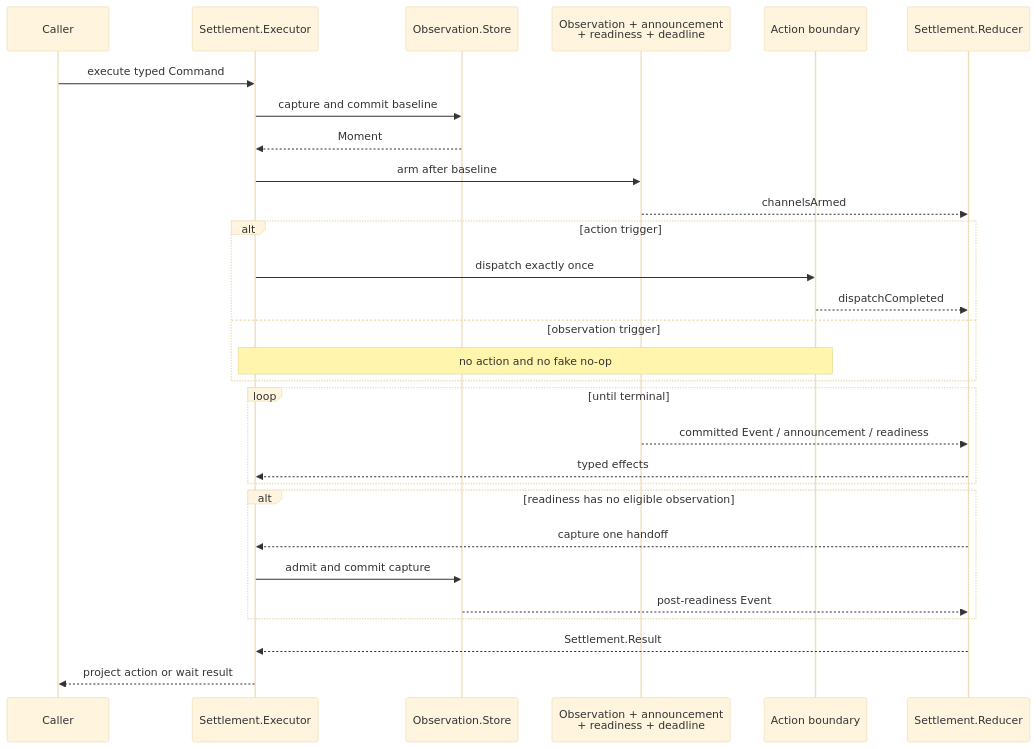
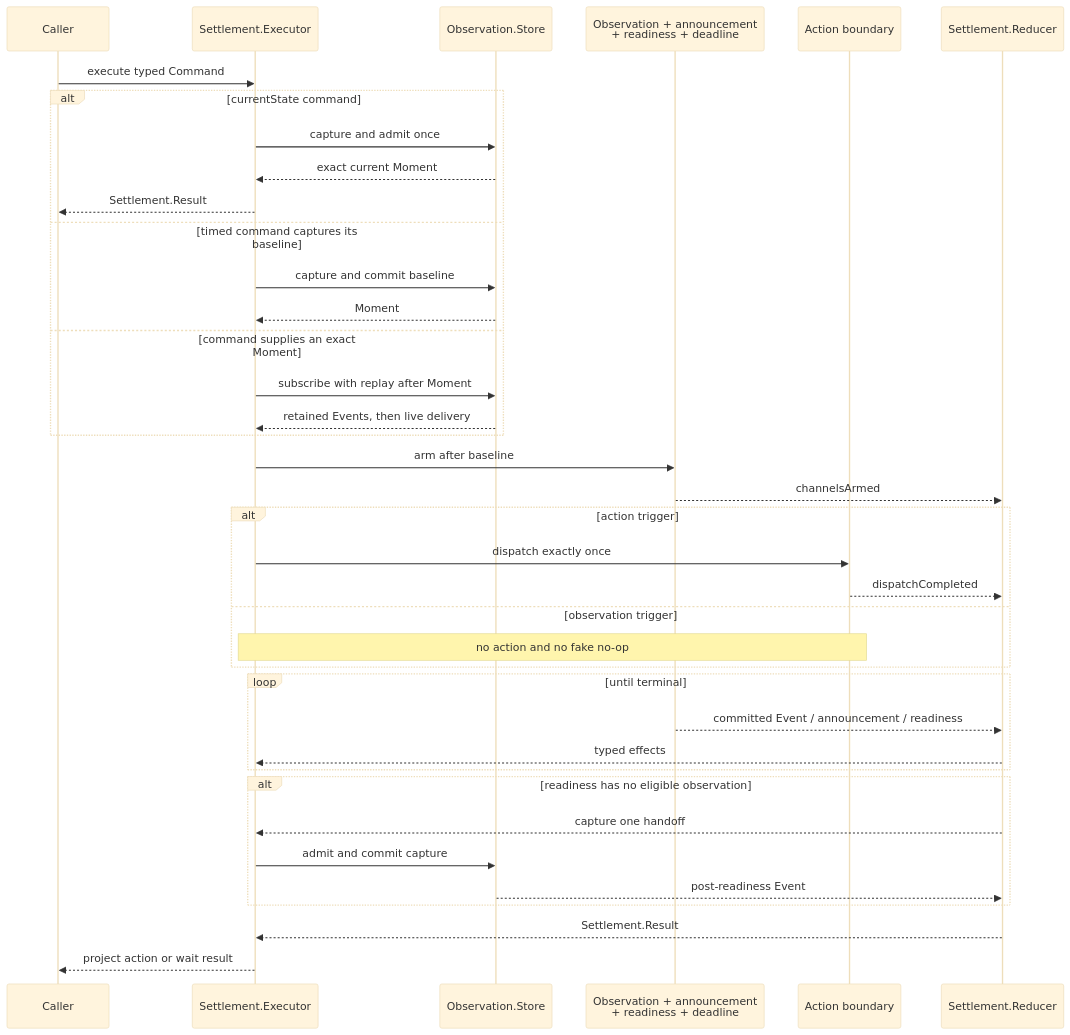
The second of 2 diagrams in docs/diagrams/settle-loop.md (RoyalPineapple/TheButtonHeist), drawn with Mermaid (base theme) before and after one commit. The commit also changed other lines of this file and 150 other files, not shown here.

````diff
--- a/docs/diagrams/settle-loop.md
+++ b/docs/diagrams/settle-loop.md
@@ -54,32 +57,41 @@
 ```mermaid
 sequenceDiagram
     participant Caller
     participant Executor as Settlement.Executor
     participant Store as Observation.Store
     participant Channels as Observation + announcement<br/>+ readiness + deadline
     participant UIKit as Action boundary
     participant Reducer as Settlement.Reducer
 
     Caller->>Executor: execute typed Command
-    Executor->>Store: capture and commit baseline
-    Store-->>Executor: Moment
+    alt currentState command
+        Executor->>Store: capture and admit once
+        Store-->>Executor: exact current Moment
+        Executor-->>Caller: Settlement.Result
+    else timed command captures its baseline
+        Executor->>Store: capture and commit baseline
+        Store-->>Executor: Moment
+    else command supplies an exact Moment
+        Executor->>Store: subscribe with replay after Moment
+        Store-->>Executor: retained Events, then live delivery
+    end
     Executor->>Channels: arm after baseline
     Channels-->>Reducer: channelsArmed
     alt action trigger
         Executor->>UIKit: dispatch exactly once
         UIKit-->>Reducer: dispatchCompleted
     else observation trigger
         Note over Executor,UIKit: no action and no fake no-op
     end
     loop until terminal
         Channels-->>Reducer: committed Event / announcement / readiness
         Reducer-->>Executor: typed effects
     end
     alt readiness has no eligible observation
         Reducer-->>Executor: capture one handoff
         Executor->>Store: admit and commit capture
         Store-->>Reducer: post-readiness Event
     end
     Reducer-->>Executor: Settlement.Result
     Executor-->>Caller: project action or wait result
 ```
````
